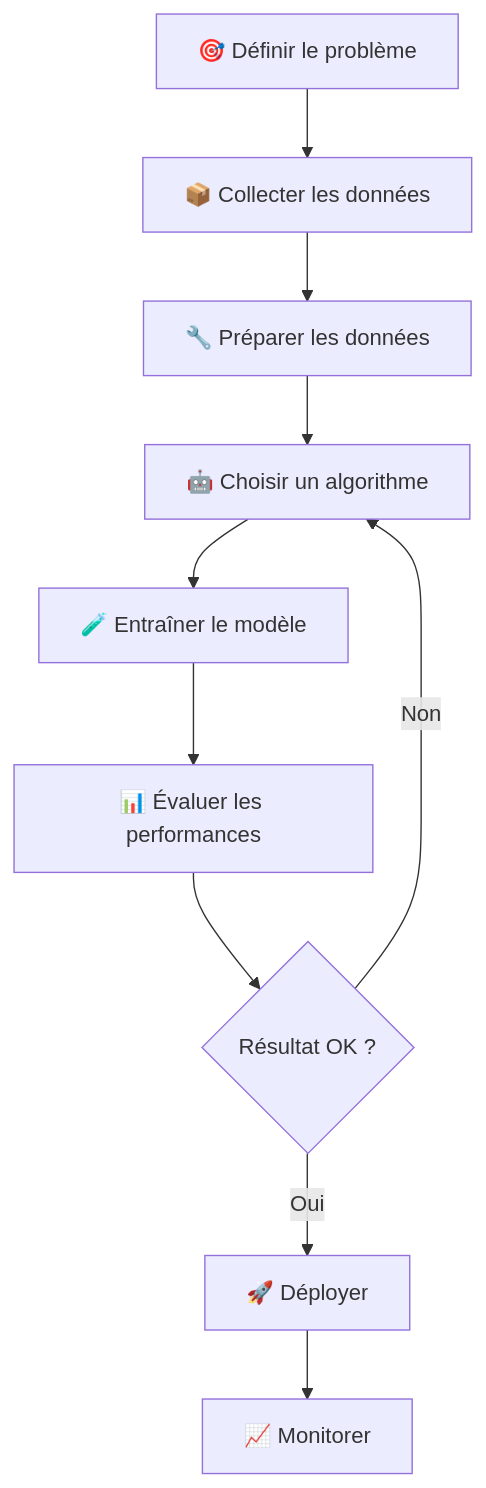
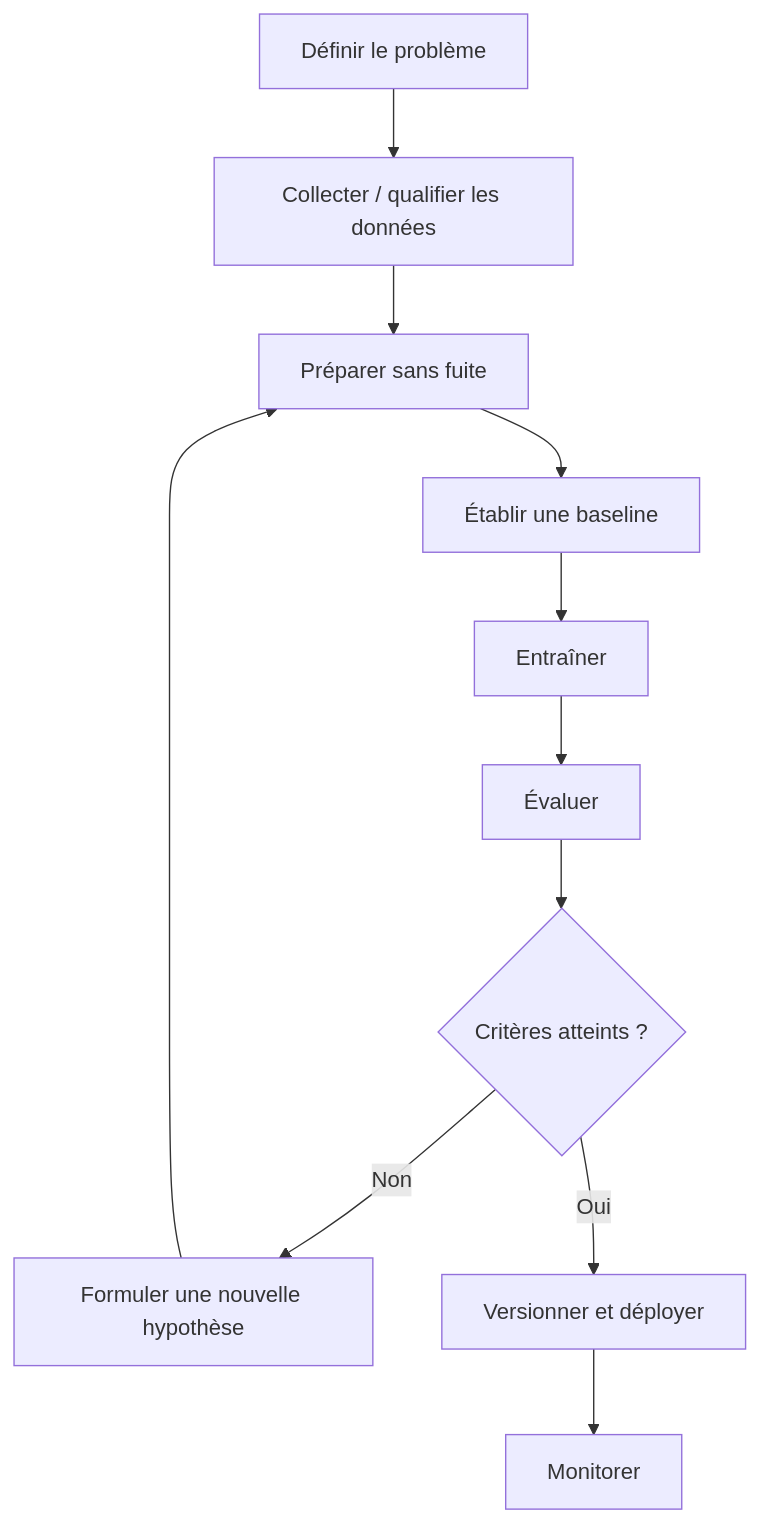
One commit to FTurleque/doc-utilisation-ia changed the diagram in docs/chapitre-6-machine-learning/index.md. Above: the diagram before and after it, drawn with Mermaid. The commit also changed other lines of this file and 261 other files, not shown here.

````diff
--- a/docs/chapitre-6-machine-learning/index.md
+++ b/docs/chapitre-6-machine-learning/index.md
@@ -118,23 +64,13 @@
 ```mermaid
-%%{init: {"flowchart": {"useMaxWidth": true}}}%%
 graph TB
-        A[🎯 Définir le problème]
-        B[📦 Collecter les données]
-        C[🔧 Préparer les données]
-        D[🤖 Choisir un algorithme]
-        E[🧪 Entraîner le modèle]
-        F[📊 Évaluer les performances]
-        G{Résultat OK ?}
-        H[🚀 Déployer]
-        I[📈 Monitorer]
-
-        A --> B
-        B --> C
-        C --> D
-        D --> E
-        E --> F
-        F --> G
-        G -- Non --> D
-        G -- Oui --> H
-        H --> I
+    A["Définir le problème"] --> B["Collecter / qualifier les données"]
+    B --> C["Préparer sans fuite"]
+    C --> D["Établir une baseline"]
+    D --> E["Entraîner"]
+    E --> F["Évaluer"]
+    F --> G{"Critères atteints ?"}
+    G -- Non --> H["Formuler une nouvelle hypothèse"]
+    H --> C
+    G -- Oui --> I["Versionner et déployer"]
+    I --> J["Monitorer"]
 ```
````
